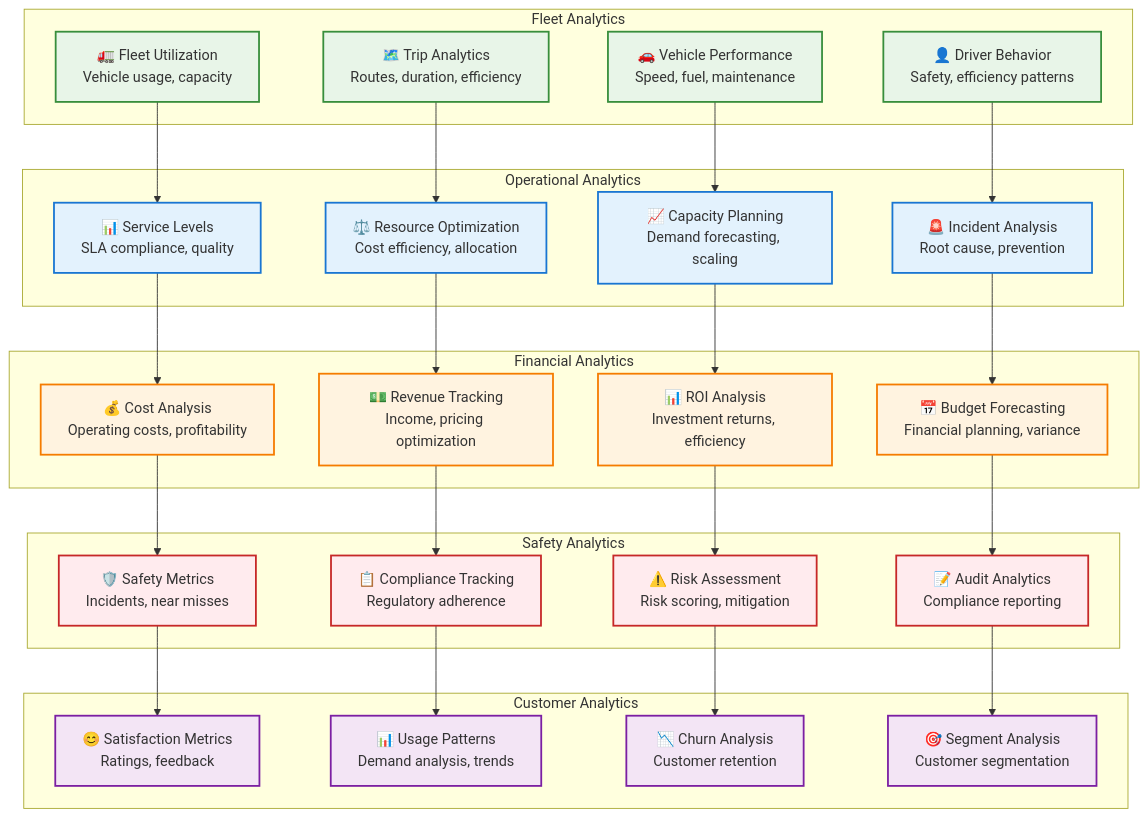
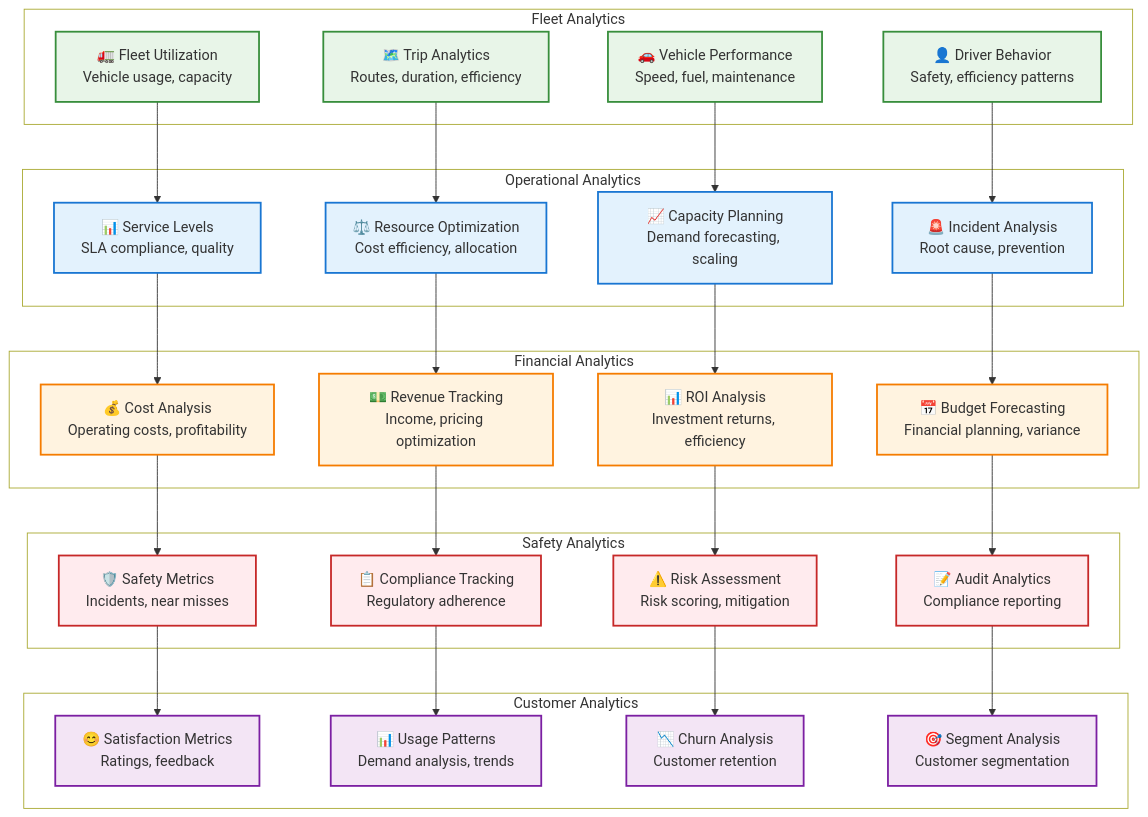
One commit to suprachakra/AtlasMesh-Fleet-OS changed the third of 3 diagrams in services/analytics-service/README.md. Above: the diagram before and after it, drawn with Mermaid. The commit also changed other lines of this file, not shown here.

````diff
--- a/services/analytics-service/README.md
+++ b/services/analytics-service/README.md
@@ -144,69 +144,76 @@
 ```mermaid
 flowchart TB
     subgraph "Fleet Analytics"
         FleetUtilization[🚛 Fleet Utilization<br/>Vehicle usage, capacity]
         TripAnalytics[🗺️ Trip Analytics<br/>Routes, duration, efficiency]
         VehiclePerformance[🚗 Vehicle Performance<br/>Speed, fuel, maintenance]
         DriverBehavior[👤 Driver Behavior<br/>Safety, efficiency patterns]
     end
     
     subgraph "Operational Analytics"
         ServiceLevels[📊 Service Levels<br/>SLA compliance, quality]
         ResourceOptimization[⚖️ Resource Optimization<br/>Cost efficiency, allocation]
         CapacityPlanning[📈 Capacity Planning<br/>Demand forecasting, scaling]
         IncidentAnalysis[🚨 Incident Analysis<br/>Root cause, prevention]
     end
     
     subgraph "Financial Analytics"
         CostAnalysis[💰 Cost Analysis<br/>Operating costs, profitability]
         RevenueTracking[💵 Revenue Tracking<br/>Income, pricing optimization]
         ROIAnalysis[📊 ROI Analysis<br/>Investment returns, efficiency]
         BudgetForecasting[📅 Budget Forecasting<br/>Financial planning, variance]
     end
     
     subgraph "Safety Analytics"
         SafetyMetrics[🛡️ Safety Metrics<br/>Incidents, near misses]
         ComplianceTracking[📋 Compliance Tracking<br/>Regulatory adherence]
         RiskAssessment[⚠️ Risk Assessment<br/>Risk scoring, mitigation]
         AuditAnalytics[📝 Audit Analytics<br/>Compliance reporting]
     end
     
     subgraph "Customer Analytics"
         SatisfactionMetrics[😊 Satisfaction Metrics<br/>Ratings, feedback]
         UsagePatterns[📊 Usage Patterns<br/>Demand analysis, trends]
         ChurnAnalysis[📉 Churn Analysis<br/>Customer retention]
         SegmentAnalysis[🎯 Segment Analysis<br/>Customer segmentation]
     end
     
     FleetUtilization --> ServiceLevels
     TripAnalytics --> ResourceOptimization
     VehiclePerformance --> CapacityPlanning
     DriverBehavior --> IncidentAnalysis
     
     ServiceLevels --> CostAnalysis
     ResourceOptimization --> RevenueTracking
     CapacityPlanning --> ROIAnalysis
     IncidentAnalysis --> BudgetForecasting
     
     CostAnalysis --> SafetyMetrics
     RevenueTracking --> ComplianceTracking
     ROIAnalysis --> RiskAssessment
     BudgetForecasting --> AuditAnalytics
     
     SafetyMetrics --> SatisfactionMetrics
     ComplianceTracking --> UsagePatterns
     RiskAssessment --> ChurnAnalysis
     AuditAnalytics --> SegmentAnalysis
     
     classDef fleet fill:#e8f5e8,stroke:#388e3c,stroke-width:2px
     classDef operational fill:#e3f2fd,stroke:#1976d2,stroke-width:2px
     classDef financial fill:#fff3e0,stroke:#f57c00,stroke-width:2px
     classDef safety fill:#ffebee,stroke:#c62828,stroke-width:2px
     classDef customer fill:#f3e5f5,stroke:#7b1fa2,stroke-width:2px
     
     class FleetUtilization,TripAnalytics,VehiclePerformance,DriverBehavior fleet
     class ServiceLevels,ResourceOptimization,CapacityPlanning,IncidentAnalysis operational
     class CostAnalysis,RevenueTracking,ROIAnalysis,BudgetForecasting financial
     class SafetyMetrics,ComplianceTracking,RiskAssessment,AuditAnalytics safety
     class SatisfactionMetrics,UsagePatterns,ChurnAnalysis,SegmentAnalysis customer
+
+    style subGraph0 fill:transparent
+    style subGraph1 fill:transparent
+    style subGraph2 fill:transparent
+    style subGraph3 fill:transparent
+    style subGraph4 fill:transparent
+
 ```
````
